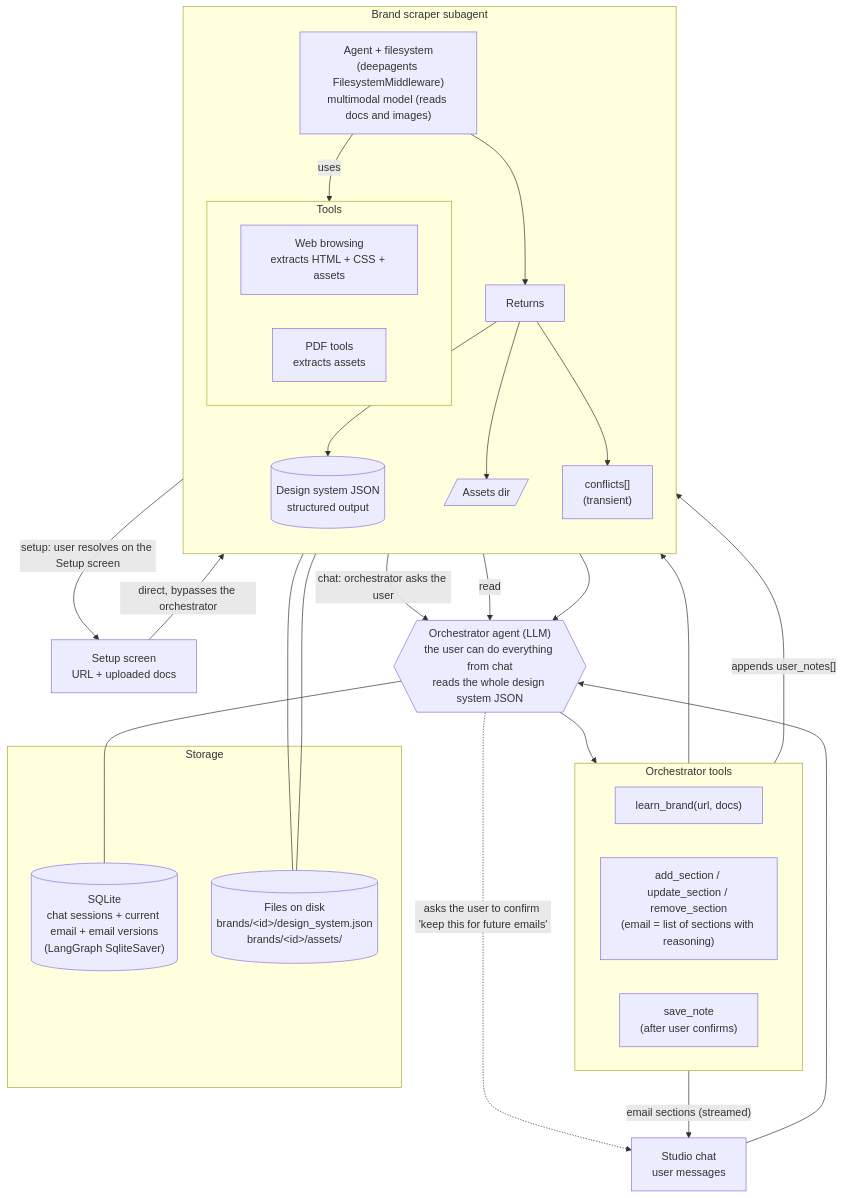
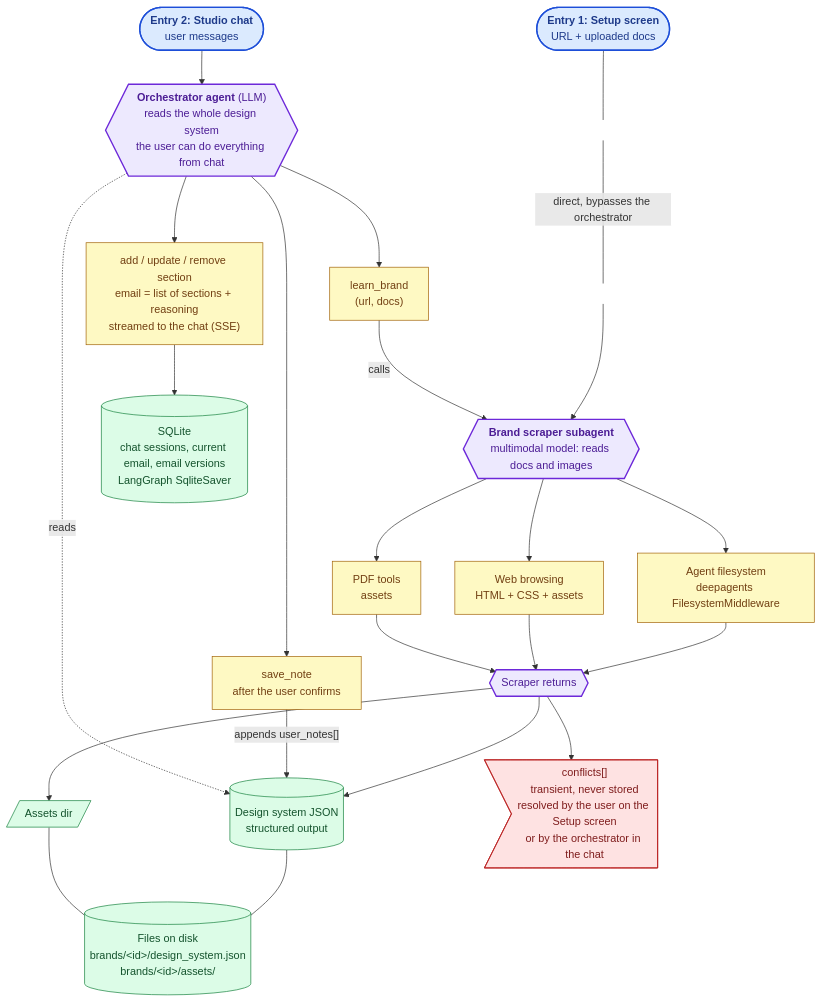
Before and after one commit to fed3c3sa/textyess-email-agent: the diagram in README.md, drawn with Mermaid.

Commit message:
reorganize and clean graph

````diff
--- a/README.md
+++ b/README.md
@@ -8,50 +8,66 @@
 ```mermaid
-flowchart TD
-    SETUPUI["Setup screen<br/>URL + uploaded docs"]
-    CHAT["Studio chat<br/>user messages"]
+flowchart TB
+    SETUPUI(["<b>Entry 1: Setup screen</b><br/>URL + uploaded docs"])
+    CHAT(["<b>Entry 2: Studio chat</b><br/>user messages"])
 
-    ORCH{{"Orchestrator agent (LLM)<br/>the user can do everything from chat<br/>reads the whole design system JSON"}}
+    SCRAPER{{"<b>Brand scraper subagent</b><br/>multimodal model: reads docs and images"}}
+    ORCH{{"<b>Orchestrator agent</b> (LLM)<br/>reads the whole design system<br/>the user can do everything from chat"}}
 
-    subgraph TOOLSORCH["Orchestrator tools"]
-        direction LR
-        LEARN["learn_brand(url, docs)"]
-        SECT["add_section / update_section / remove_section<br/>(email = list of sections with reasoning)"]
-        NOTE["save_note<br/>(after user confirms)"]
-    end
+    FSMW["Agent filesystem<br/>deepagents FilesystemMiddleware"]
+    WEB["Web browsing<br/>HTML + CSS + assets"]
+    PDF["PDF tools<br/>assets"]
 
-    subgraph SCRAPE["Brand scraper subagent"]
-        direction TB
-        SCRAPER["Agent + filesystem<br/>(deepagents FilesystemMiddleware)<br/>multimodal model (reads docs and images)"]
-        subgraph TOOLS["Tools"]
-            direction LR
-            WEB["Web browsing<br/>extracts HTML + CSS + assets"]
-            PDF["PDF tools<br/>extracts assets"]
-        end
-        SCRAPER -- uses --> TOOLS
-        SCRAPER --> RET["Returns"]
-        RET --> DS[("Design system JSON<br/>structured output")]
-        RET --> ASSETS[/"Assets dir"/]
-        RET --> CONF["conflicts[]<br/>(transient)"]
-    end
+    LEARN["learn_brand<br/>(url, docs)"]
+    SECT["add / update / remove section<br/>email = list of sections + reasoning<br/>streamed to the chat (SSE)"]
+    NOTE["save_note<br/>after the user confirms"]
 
-    SETUPUI -- "direct, bypasses the orchestrator" --> SCRAPER
-    CONF -- "setup: user resolves on the Setup screen" --> SETUPUI
+    RET{{"Scraper returns"}}
+    DS[("Design system JSON<br/>structured output")]
+    ASSETS[/"Assets dir"/]
+    CONF>"conflicts[]<br/>transient, never stored<br/>resolved by the user on the Setup screen<br/>or by the orchestrator in the chat"]
 
+    STORE[("SQLite<br/>chat sessions, current email, email versions<br/>LangGraph SqliteSaver")]
+    FILES[("Files on disk<br/>brands/&lt;id&gt;/design_system.json<br/>brands/&lt;id&gt;/assets/")]
+
+    SP1[" "]
+    SP2[" "]
+    SETUPUI --- SP1
+    SP1 -- "direct, bypasses the orchestrator" --- SP2
+    SP2 --> SCRAPER
     CHAT --> ORCH
-    ORCH --> TOOLSORCH
-    LEARN --> SCRAPER
-    CONF -- "chat: orchestrator asks the user" --> ORCH
-    DS -- "read" --> ORCH
-    ASSETS --> ORCH
-    SECT -- "email sections (streamed)" --> CHAT
-    ORCH -. "asks the user to confirm 'keep this for future emails'" .-> CHAT
+
+    ORCH --> LEARN
+    ORCH --> SECT
+    ORCH --> NOTE
+    LEARN -- "calls" --> SCRAPER
+
+    SCRAPER --> FSMW
+    SCRAPER --> WEB
+    SCRAPER --> PDF
+    FSMW --> RET
+    WEB --> RET
+    PDF --> RET
+
+    RET --> DS
+    RET --> ASSETS
+    RET --> CONF
+
     NOTE -- "appends user_notes[]" --> DS
-
-    subgraph STORAGE["Storage"]
-        STORE[("SQLite<br/>chat sessions + current email + email versions<br/>(LangGraph SqliteSaver)")]
-        FILES[("Files on disk<br/>brands/&lt;id&gt;/design_system.json<br/>brands/&lt;id&gt;/assets/")]
-    end
-    ORCH --- STORE
+    ORCH -. "reads" .-> DS
+    SECT --> STORE
     DS --- FILES
     ASSETS --- FILES
+
+    classDef hidden fill:none,stroke:none,color:none
+    classDef entry fill:#dbeafe,stroke:#1d4ed8,stroke-width:2px,color:#1e3a8a
+    classDef agent fill:#ede9fe,stroke:#6d28d9,stroke-width:2px,color:#4c1d95
+    classDef tool fill:#fef9c3,stroke:#a16207,color:#713f12
+    classDef data fill:#dcfce7,stroke:#15803d,color:#14532d
+    classDef warn fill:#fee2e2,stroke:#b91c1c,color:#7f1d1d
+    class SETUPUI,CHAT entry
+    class ORCH,SCRAPER,RET agent
+    class LEARN,SECT,NOTE,FSMW,WEB,PDF tool
+    class DS,ASSETS,STORE,FILES data
+    class CONF warn
+    class SP1,SP2 hidden
 ```
````
